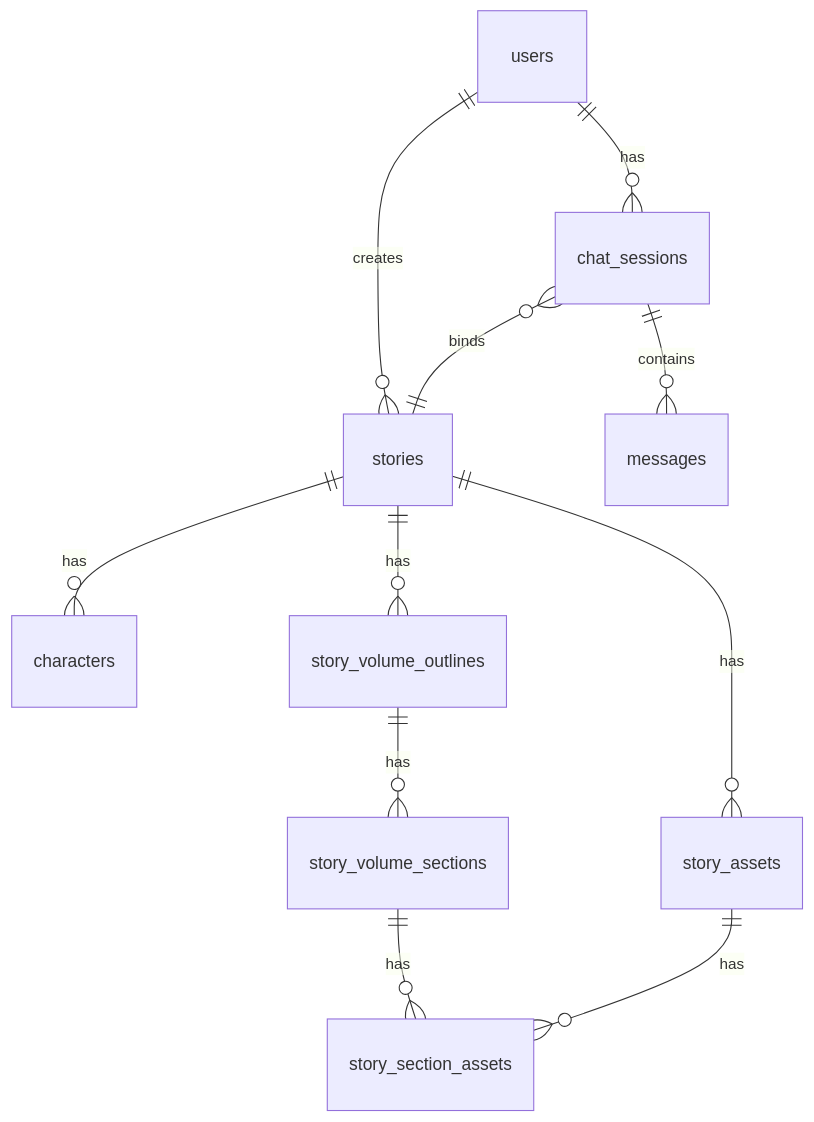
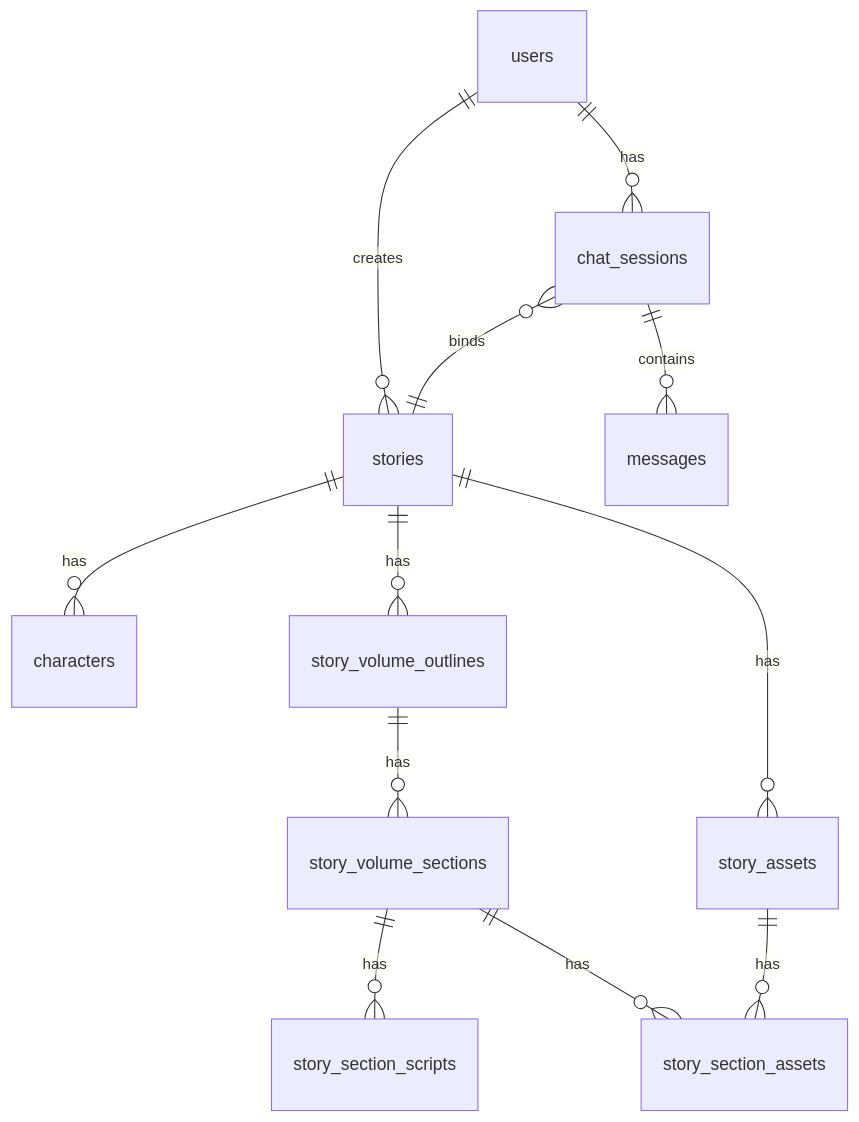
The diagram in README.md (zhy13339561489-crypto/aisay), drawn with Mermaid before and after one commit. The commit also changed other lines of this file, not shown here.

````diff
--- a/README.md
+++ b/README.md
@@ -209,13 +241,14 @@
 ```mermaid
 erDiagram
     users ||--o{ chat_sessions : has
     users ||--o{ stories : creates
     chat_sessions }o--|| stories : binds
     chat_sessions ||--o{ messages : contains
     stories ||--o{ characters : has
     stories ||--o{ story_volume_outlines : has
     story_volume_outlines ||--o{ story_volume_sections : has
+    story_volume_sections ||--o{ story_section_scripts : has
     stories ||--o{ story_assets : has
     story_volume_sections ||--o{ story_section_assets : has
     story_assets ||--o{ story_section_assets : has
 ```
````
